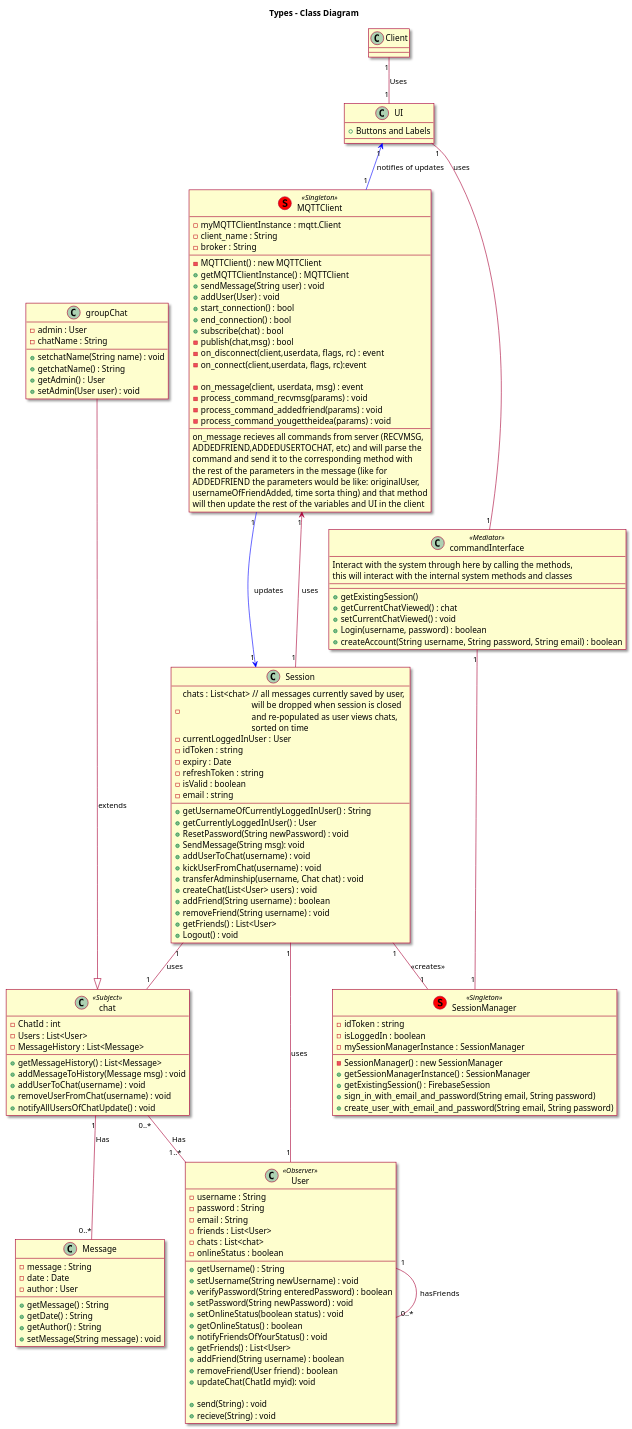
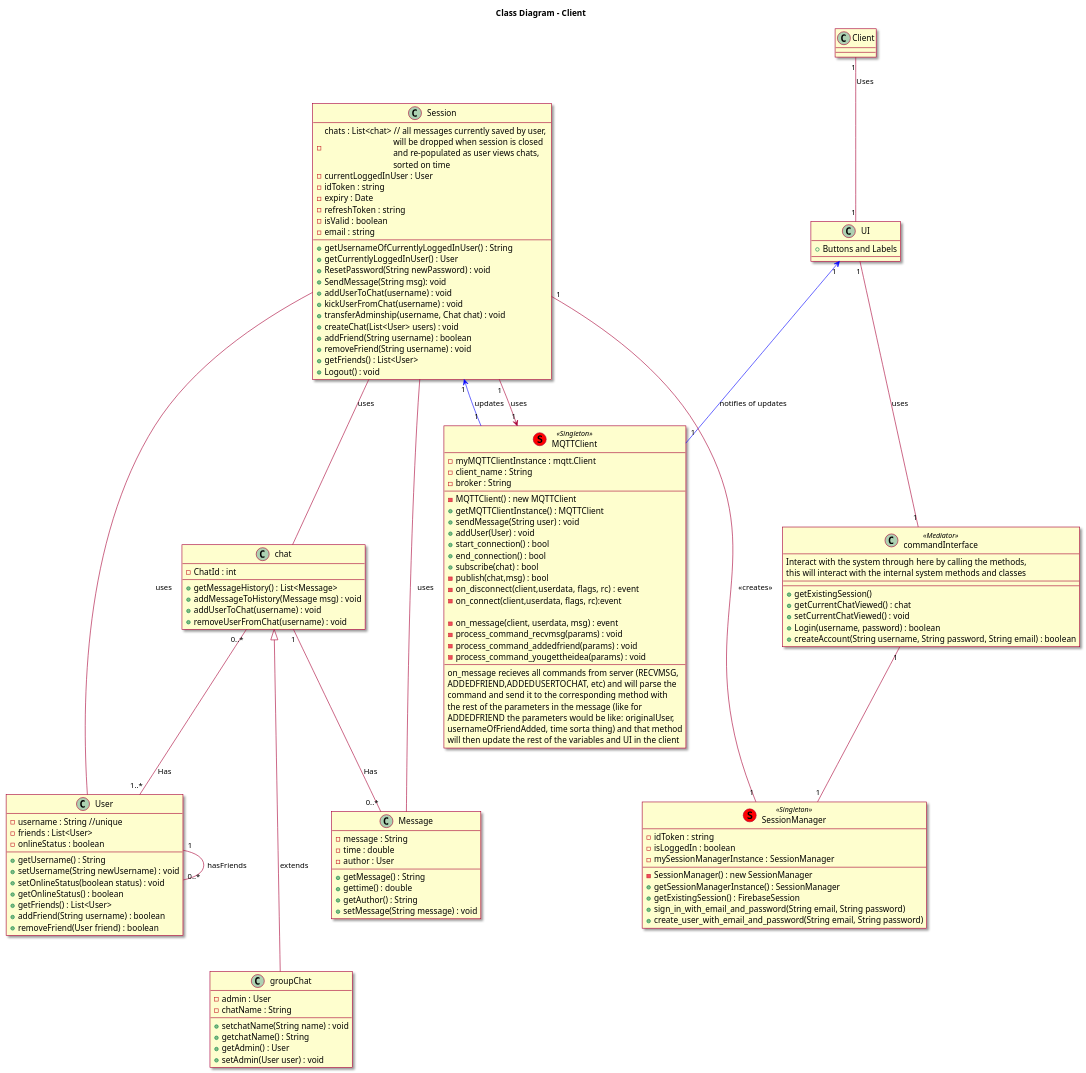
One commit to UBCO-COSC-310-Winter-2022-T2/the-project-marbl changed the diagram in diagrams/class_diagram.wsd. Above: the diagram before and after it, drawn with PlantUML. The commit also changed 1 other file, not shown here.

Commit message:
updated chat and user classes to get rid of redundant observer pattern (MQTT already handles it with it's pub/sub)

```diff
--- a/diagrams/class_diagram.wsd
+++ b/diagrams/class_diagram.wsd
@@ -1,165 +1,153 @@
 @startuml
 
 skin rose
 
-title Types - Class Diagram
+title Class Diagram - Client
 
 
 skinparam componentStyle uml2
 class Client{}
 Client "1"--"1" UI: Uses
 
 class Message{
     - message : String
-    - date : Date
+    - time : double
     - author : User
     +getMessage() : String
-    +getDate() : String
+    +gettime() : double
     +getAuthor() : String
     +setMessage(String message) : void
 }
 
-class User <<Observer>> {
-    -username : String
-    -password : String
-    -email : String
+class User  {
+    -username : String //unique
     -friends : List<User>
-    -chats : List<chat>
     -onlineStatus : boolean
 
     +getUsername() : String
     +setUsername(String newUsername) : void
-    +verifyPassword(String enteredPassword) : boolean
-    +setPassword(String newPassword) : void
     +setOnlineStatus(boolean status) : void
     +getOnlineStatus() : boolean
-    +notifyFriendsOfYourStatus() : void
     +getFriends() : List<User>
     +addFriend(String username) : boolean
     +removeFriend(User friend) : boolean
-    +updateChat(ChatId myid): void
-
-    +send(String) : void
-    +recieve(String) : void
 }
 
 User "1"--"0..*" User : hasFriends
 
 Class MQTTClient <<(S,red) Singleton>> {
     -myMQTTClientInstance : mqtt.Client 
     -client_name : String
     -broker : String
     --
     -MQTTClient() : new MQTTClient
     +getMQTTClientInstance() : MQTTClient
     +sendMessage(String user) : void
     +addUser(User) : void
     +start_connection() : bool
     +end_connection() : bool
     +subscribe(chat) : bool
     -publish(chat,msg) : bool
     -on_disconnect(client,userdata, flags, rc)  : event
     -on_connect(client,userdata, flags, rc):event
     
     -on_message(client, userdata, msg) : event 
     -process_command_recvmsg(params) : void
     -process_command_addedfriend(params) : void
     -process_command_yougettheidea(params) : void
     --
     on_message recieves all commands from server (RECVMSG, 
     ADDEDFRIEND,ADDEDUSERTOCHAT, etc) and will parse the
     command and send it to the corresponding method with
     the rest of the parameters in the message (like for
     ADDEDFRIEND the parameters would be like: originalUser,
      usernameOfFriendAdded, time sorta thing) and that method
      will then update the rest of the variables and UI in the client 
 }
 
 MQTTClient "1" -[#blue]-> "1" Session : updates
 UI "1" <-[#blue]- "1" MQTTClient : notifies of updates
 
 Class groupChat {
     -admin : User
     -chatName : String
     +setchatName(String name) : void
     +getchatName() : String
     +getAdmin() : User
     +setAdmin(User user) : void
 }
 
-Class chat <<Subject>> {
+Class chat {
     -ChatId : int
-    -Users : List<User>
-    -MessageHistory : List<Message>
     +getMessageHistory() : List<Message>
     +addMessageToHistory(Message msg) : void
     +addUserToChat(username) : void
     +removeUserFromChat(username) : void
-    +notifyAllUsersOfChatUpdate() : void
 }
 
 chat "0..*" -- "1..*" User : Has
 
 chat "1" -- "0..*" Message : Has
 
-groupChat---|> chat : extends
+groupChat-up--|> chat : extends
 
 class commandInterface <<Mediator>> {
     Interact with the system through here by calling the methods,
     this will interact with the internal system methods and classes
     --
     --
     +getExistingSession()
     +getCurrentChatViewed() : chat
     +setCurrentChatViewed() : void
     +Login(username, password) : boolean
     +createAccount(String username, String password, String email) : boolean
 }
 
-Session "1" -- "1" User : uses
-Session "1" -- "1" chat: uses
+Session  --  User : uses
+Session  --  chat: uses
+Session  --  Message: uses
 
 class UI {
     +Buttons and Labels
 }
 
 class Session{
     -chats : List<chat> // all messages currently saved by user, \n\t\t\t\twill be dropped when session is closed\n\t\t\t\tand re-populated as user views chats, \n\t\t\t\tsorted on time
     -currentLoggedInUser : User
     -idToken : string
     -expiry : Date
     -refreshToken : string
     -isValid : boolean
     -email : string
     +getUsernameOfCurrentlyLoggedInUser() : String
     +getCurrentlyLoggedInUser() : User
     +ResetPassword(String newPassword) : void
     +SendMessage(String msg): void
     +addUserToChat(username) : void
     +kickUserFromChat(username) : void
     +transferAdminship(username, Chat chat) : void
     +createChat(List<User> users) : void
     +addFriend(String username) : boolean
     +removeFriend(String username) : void
     +getFriends() : List<User>
     +Logout() : void
 }
 
 class SessionManager <<(S,red) Singleton>>{
     -idToken : string
     -isLoggedIn : boolean
     -mySessionManagerInstance : SessionManager
     -SessionManager() : new SessionManager
     +getSessionManagerInstance() : SessionManager
     +getExistingSession() : FirebaseSession
     +sign_in_with_email_and_password(String email, String password)
     +create_user_with_email_and_password(String email, String password)
 }
 
 
 Session "1" --> "1" MQTTClient : uses
 Session "1" -- "1" SessionManager : <<creates>>
 UI "1" -- "1" commandInterface : uses
 commandInterface "1" -- "1" SessionManager
 
 @enduml
```
